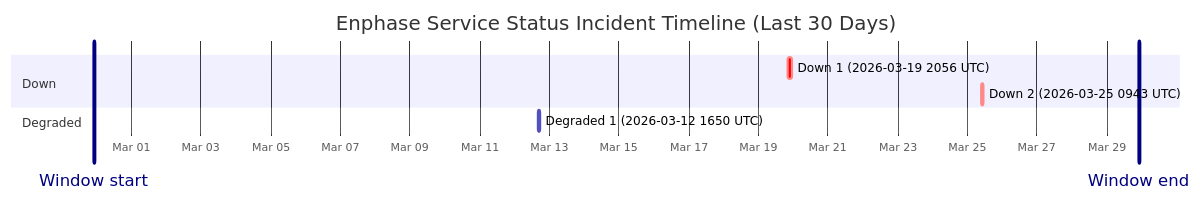
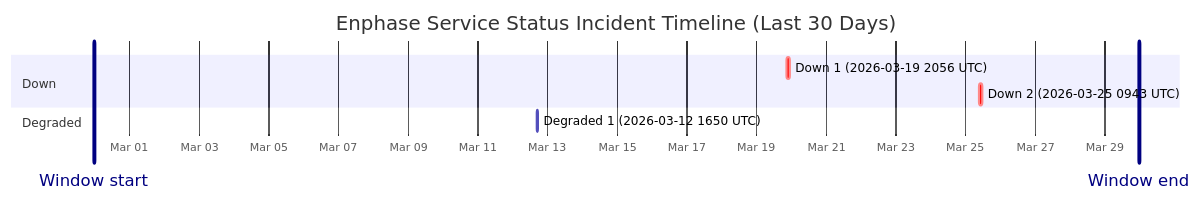
The diagram in wiki/Service-Status-History.md (barneyonline/ha-enphase-ev-charger), drawn with Mermaid before and after one commit. The commit also changed other lines of this file and 3 other files, not shown here.

````diff
--- a/wiki/Service-Status-History.md
+++ b/wiki/Service-Status-History.md
@@ -14,13 +14,13 @@
 ```mermaid
 gantt
     title Enphase Service Status Incident Timeline (Last 30 Days)
     dateFormat  YYYY-MM-DDTHH:mm:ss
     axisFormat  %b %d
-    Window start :vert, window-start, 2026-02-27T22:20:58, 0ms
-    Window end :vert, window-end, 2026-03-29T22:20:58, 0ms
+    Window start :vert, window-start, 2026-02-27T23:23:26, 0ms
+    Window end :vert, window-end, 2026-03-29T23:23:26, 0ms
     section Down
     Down 1 (2026-03-19 2056 UTC) :crit, down-1, 2026-03-19T20:56:20, 145m
     Down 2 (2026-03-25 0943 UTC) :crit, down-2, 2026-03-25T09:43:28, 111m
     section Degraded
     Degraded 1 (2026-03-12 1650 UTC) :active, degraded-1, 2026-03-12T16:50:43, 60m
 ```
````
